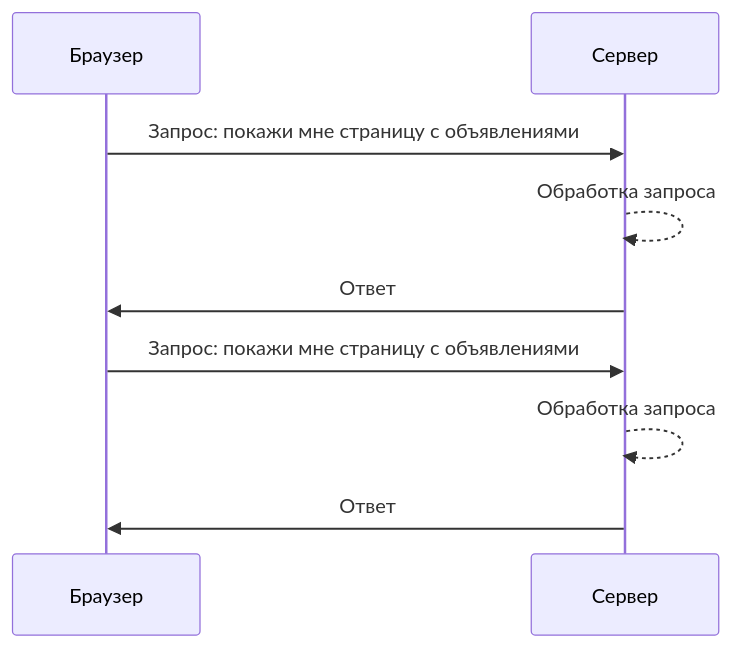
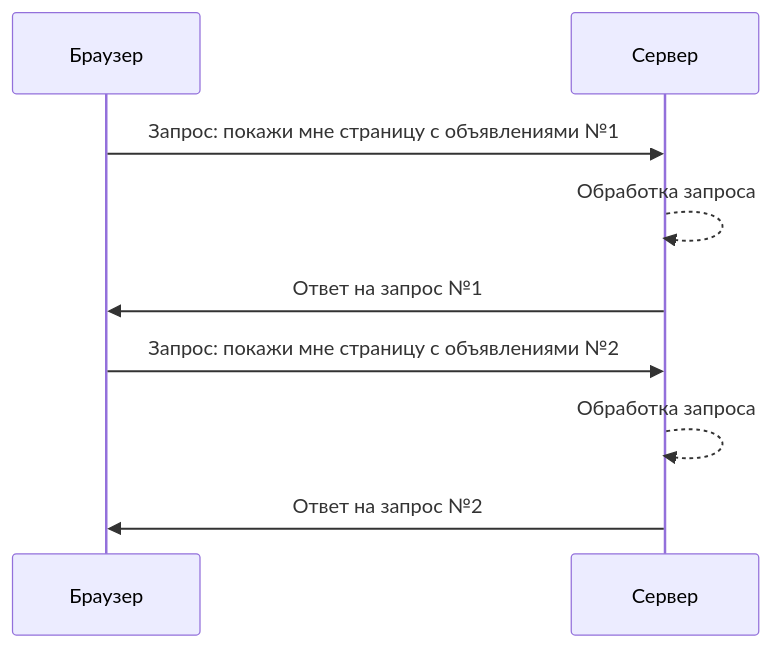
One commit to liligga/backend-lesson-asyncio changed the first of 3 diagrams in slides.md. Above: the diagram before and after it, drawn with Mermaid. The commit also changed other lines of this file, not shown here.

````diff
--- a/slides.md
+++ b/slides.md
@@ -53,11 +53,11 @@
 ```mermaid {scale: 0.8}
 sequenceDiagram
     participant Браузер
     participant Сервер
-    Браузер ->> Сервер: Запрос: покажи мне страницу с объявлениями #1
+    Браузер ->> Сервер: Запрос: покажи мне страницу с объявлениями №1
     Сервер -->> Сервер: Обработка запроса
-    Сервер ->> Браузер: Ответ
-    Браузер ->> Сервер: Запрос: покажи мне страницу с объявлениями #2
+    Сервер ->> Браузер: Ответ на запрос №1
+    Браузер ->> Сервер: Запрос: покажи мне страницу с объявлениями №2
     Сервер -->> Сервер: Обработка запроса
-    Сервер ->> Браузер: Ответ
+    Сервер ->> Браузер: Ответ на запрос №2
 ```
````
